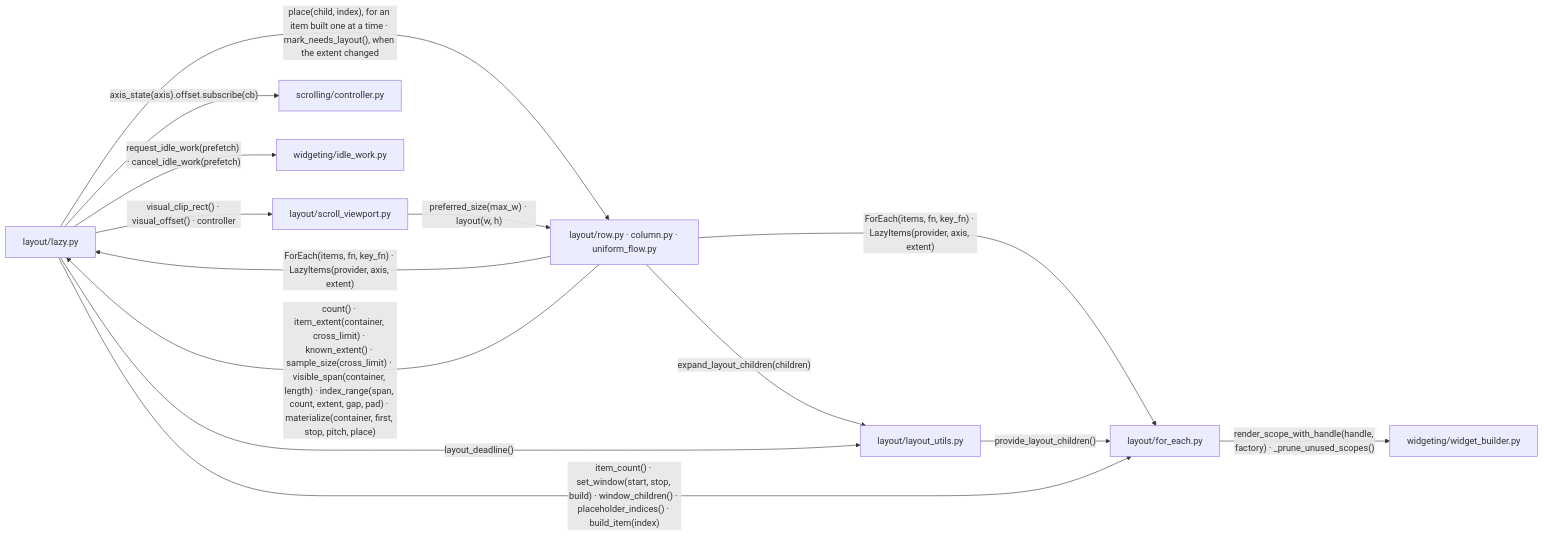
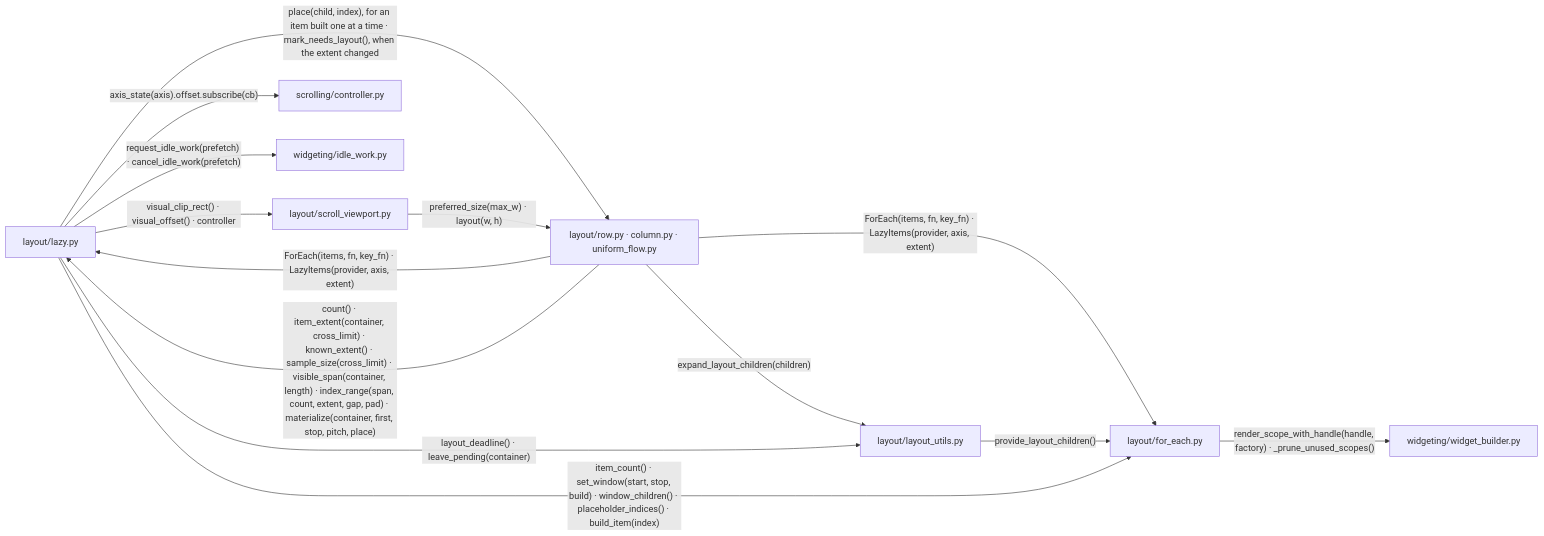
One commit to yuksblog/nuiitivet changed the fifth of 11 diagrams in docs/design/LAYOUT.md. Above: the diagram before and after it, drawn with Mermaid. The commit also changed other lines of this file and 6 other files, not shown here.

First line of the commit message:
fix(layout): fill a lazy view's placeholders in the next frame

````diff
--- a/docs/design/LAYOUT.md
+++ b/docs/design/LAYOUT.md
@@ -173,24 +173,24 @@
 ```mermaid
 flowchart LR
     for_each[layout/for_each.py]
     lazy[layout/lazy.py]
     containers[layout/row.py · column.py · uniform_flow.py]
     utils[layout/layout_utils.py]
     viewport[layout/scroll_viewport.py]
     controller[scrolling/controller.py]
     builder[widgeting/widget_builder.py]
     idle[widgeting/idle_work.py]
 
     containers -- "ForEach(items, fn, key_fn) · LazyItems(provider, axis, extent)" --> for_each & lazy
     containers -- "expand_layout_children(children)" --> utils
     utils -- "provide_layout_children()" --> for_each
     containers -- "count() · item_extent(container, cross_limit) · known_extent() · sample_size(cross_limit) · visible_span(container, length) · index_range(span, count, extent, gap, pad) · materialize(container, first, stop, pitch, place)" --> lazy
     lazy -- "place(child, index), for an item built one at a time · mark_needs_layout(), when the extent changed" --> containers
     viewport -- "preferred_size(max_w) · layout(w, h)" --> containers
     lazy -- "item_count() · set_window(start, stop, build) · window_children() · placeholder_indices() · build_item(index)" --> for_each
     lazy -- "visual_clip_rect() · visual_offset() · controller" --> viewport
     lazy -- "axis_state(axis).offset.subscribe(cb)" --> controller
     lazy -- "request_idle_work(prefetch) · cancel_idle_work(prefetch)" --> idle
-    lazy -- "layout_deadline()" --> utils
+    lazy -- "layout_deadline() · leave_pending(container)" --> utils
     for_each -- "render_scope_with_handle(handle, factory) · _prune_unused_scopes()" --> builder
 ```
````
